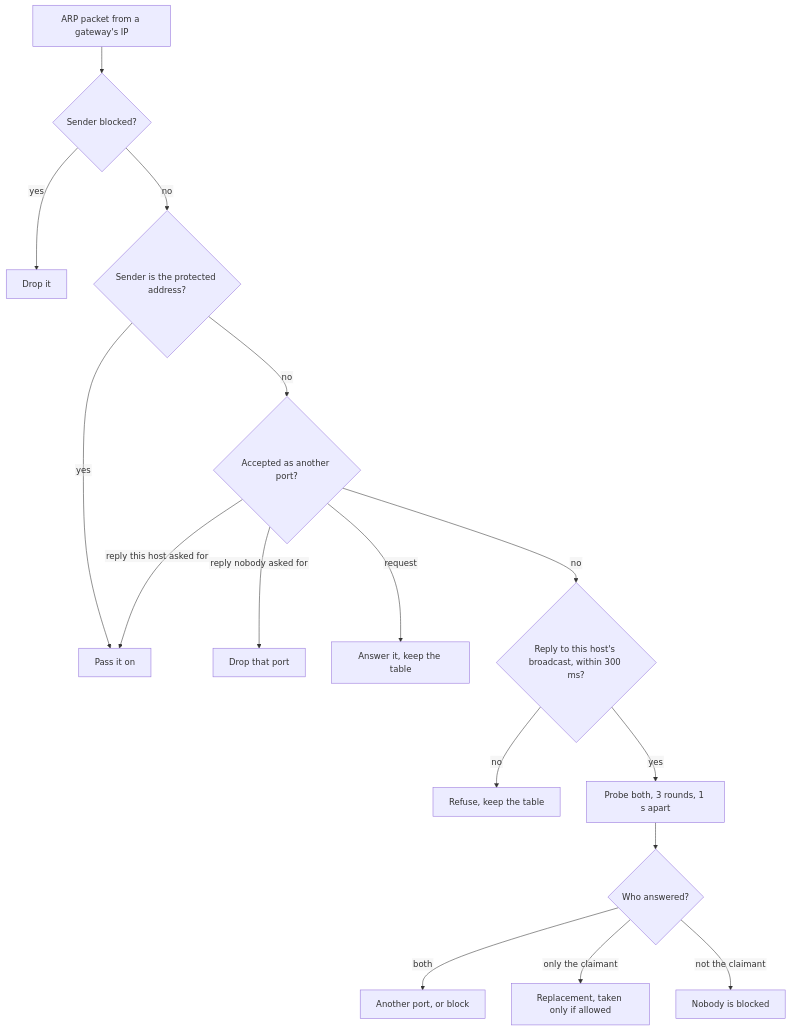
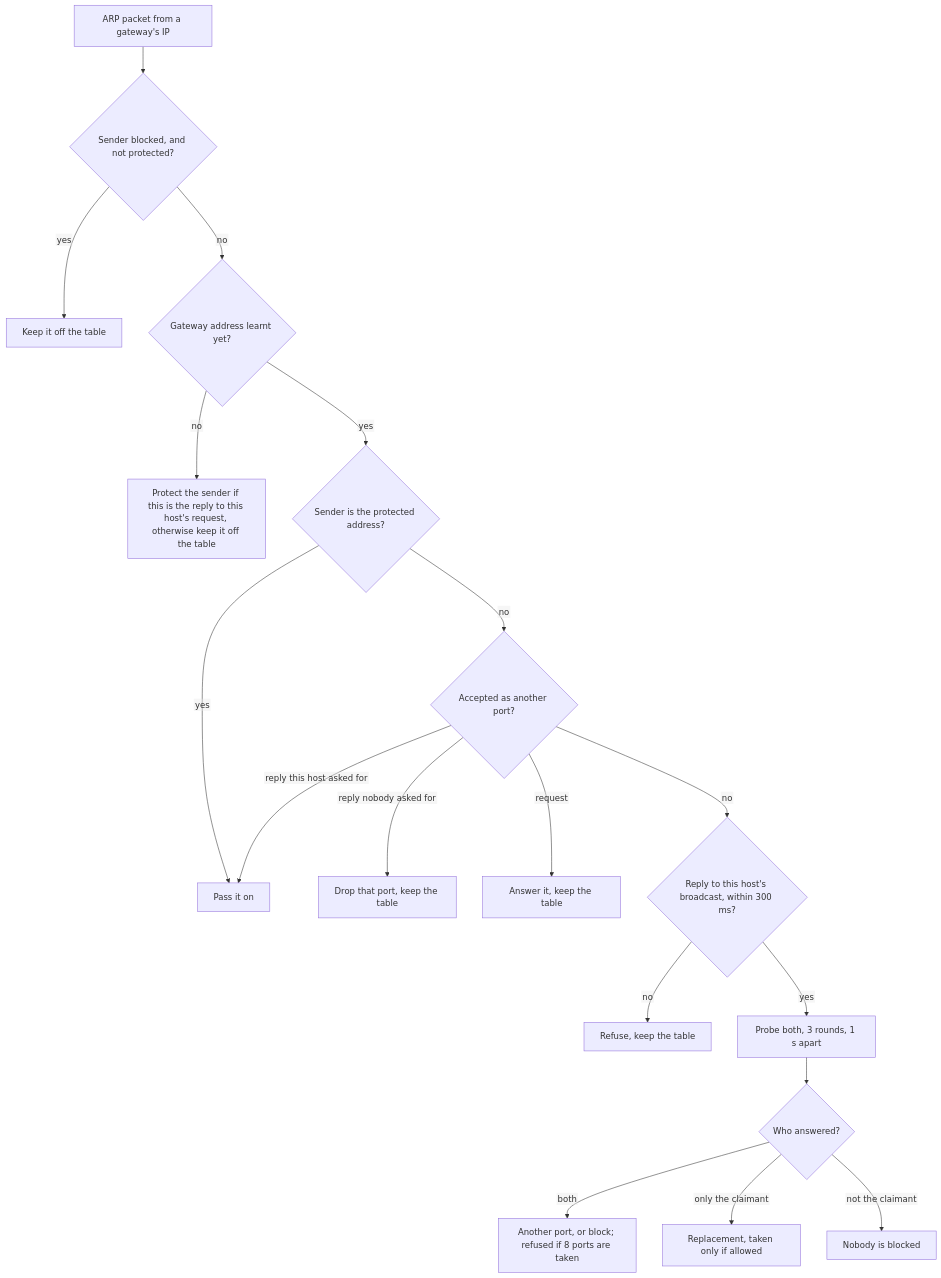
The diagram in README.md (jollaman999/ubuntu-kernel), drawn with Mermaid before and after one commit. The commit also changed other lines of this file and 4 other files, not shown here.

````diff
--- a/README.md
+++ b/README.md
@@ -80,19 +95,21 @@
 ```mermaid
 %%{init: {"flowchart": {"htmlLabels": false}}}%%
 flowchart TD
-    P["ARP packet from a gateway's IP"] --> B{"Sender blocked?"}
-    B -- yes --> DROP["Drop it"]
-    B -- no --> S{"Sender is the protected address?"}
+    P["ARP packet from a gateway's IP"] --> B{"Sender blocked, and not protected?"}
+    B -- yes --> DROP["Keep it off the table"]
+    B -- no --> L{"Gateway address learnt yet?"}
+    L -- no --> FIRST["Protect the sender if this is the reply to this host's request, otherwise keep it off the table"]
+    L -- yes --> S{"Sender is the protected address?"}
     S -- yes --> PASS["Pass it on"]
     S -- no --> A{"Accepted as another port?"}
     A -- "reply this host asked for" --> PASS
-    A -- "reply nobody asked for" --> EVICT["Drop that port"]
+    A -- "reply nobody asked for" --> EVICT["Drop that port, keep the table"]
     A -- request --> KEEP["Answer it, keep the table"]
     A -- no --> Q{"Reply to this host's broadcast, within 300 ms?"}
     Q -- no --> REFUSE["Refuse, keep the table"]
     Q -- yes --> V["Probe both, 3 rounds, 1 s apart"]
     V --> J{"Who answered?"}
-    J -- both --> M["Another port, or block"]
+    J -- both --> M["Another port, or block; refused if 8 ports are taken"]
     J -- "only the claimant" --> C["Replacement, taken only if allowed"]
     J -- "not the claimant" --> N["Nobody is blocked"]
 ```
````
